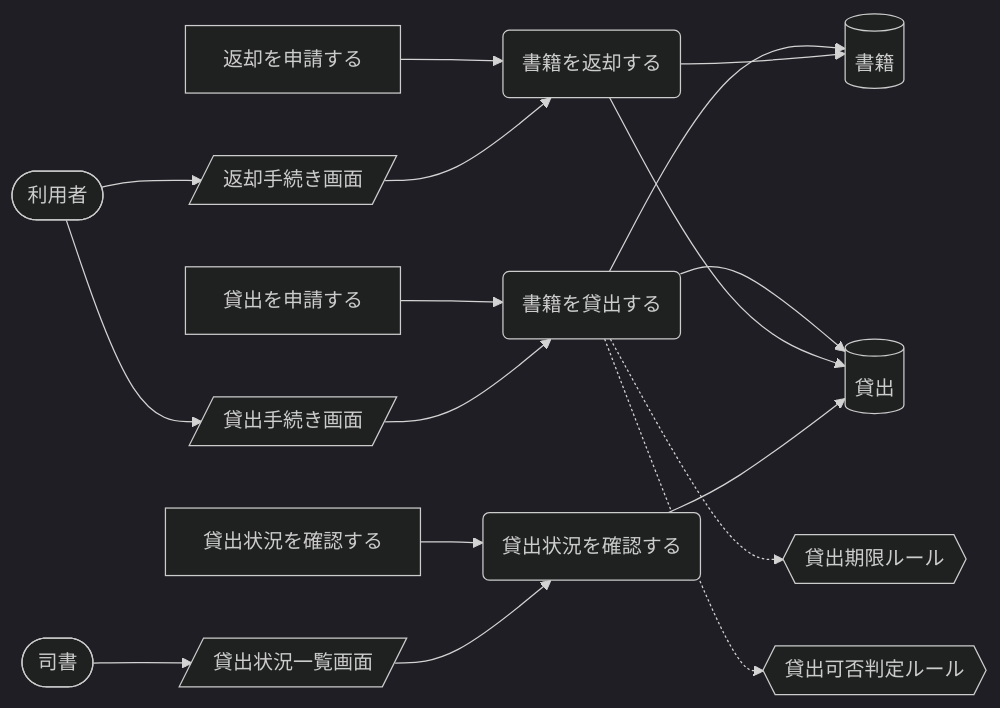
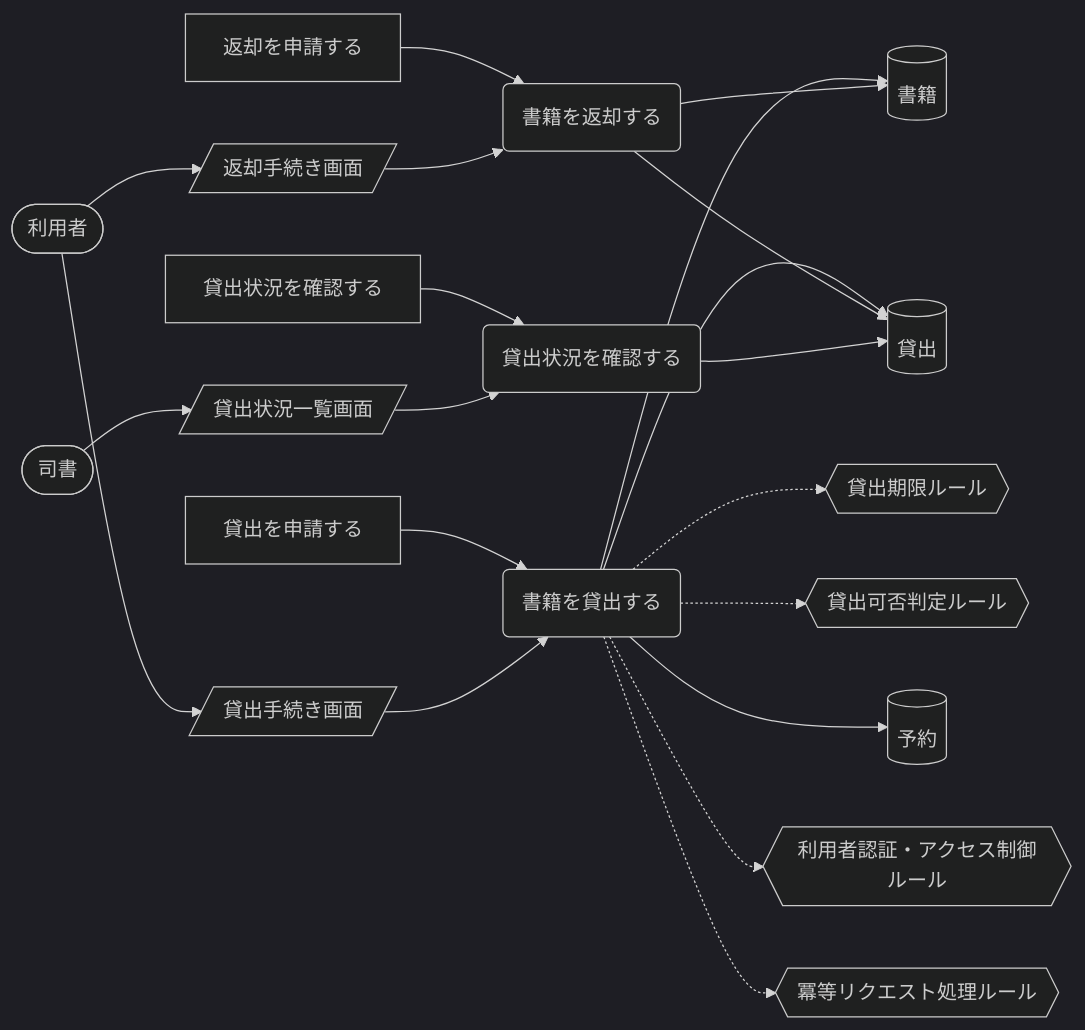
The second of 8 diagrams in samples/distillery/pipeline/rdra/latest/views/04_UC複合図.md (suwa-sh/suwa-sh-claude-plugins), drawn with Mermaid (dark theme) before and after one commit. The commit also changed other lines of this file and 54 other files, not shown here.

````diff
--- a/samples/distillery/pipeline/rdra/latest/views/04_UC複合図.md
+++ b/samples/distillery/pipeline/rdra/latest/views/04_UC複合図.md
@@ -51,34 +51,40 @@
 ```mermaid
 graph LR
   UC1("書籍を貸出する")
   AT1["貸出を申請する"]
   IF1[("書籍")]
   IF2[("貸出")]
   CD1{{"貸出期限ルール"}}
   CD2{{"貸出可否判定ルール"}}
   SC1[/"貸出手続き画面"/]
   AC1(["利用者"])
+  IF3[("予約")]
+  CD3{{"利用者認証・アクセス制御ルール"}}
+  CD4{{"冪等リクエスト処理ルール"}}
   UC2("書籍を返却する")
   AT2["返却を申請する"]
   SC2[/"返却手続き画面"/]
   UC3("貸出状況を確認する")
   AT3["貸出状況を確認する"]
   SC3[/"貸出状況一覧画面"/]
   AC2(["司書"])
   AT1 --> UC1
   UC1 --> IF1
   UC1 --> IF2
   UC1 -.-> CD1
   UC1 -.-> CD2
   AC1 --> SC1
   SC1 --> UC1
+  UC1 --> IF3
+  UC1 -.-> CD3
+  UC1 -.-> CD4
   AT2 --> UC2
   UC2 --> IF1
   UC2 --> IF2
   AC1 --> SC2
   SC2 --> UC2
   AT3 --> UC3
   UC3 --> IF2
   AC2 --> SC3
   SC3 --> UC3
 ```
````
